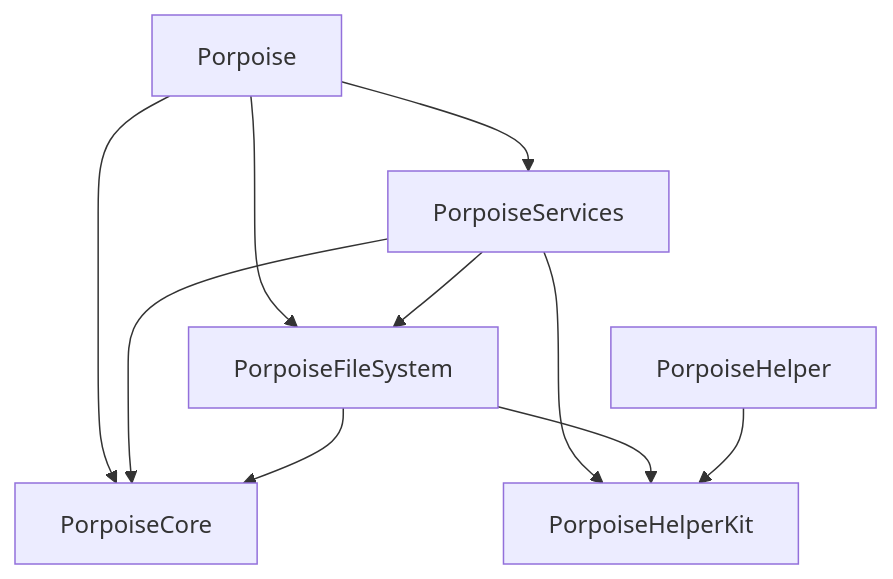
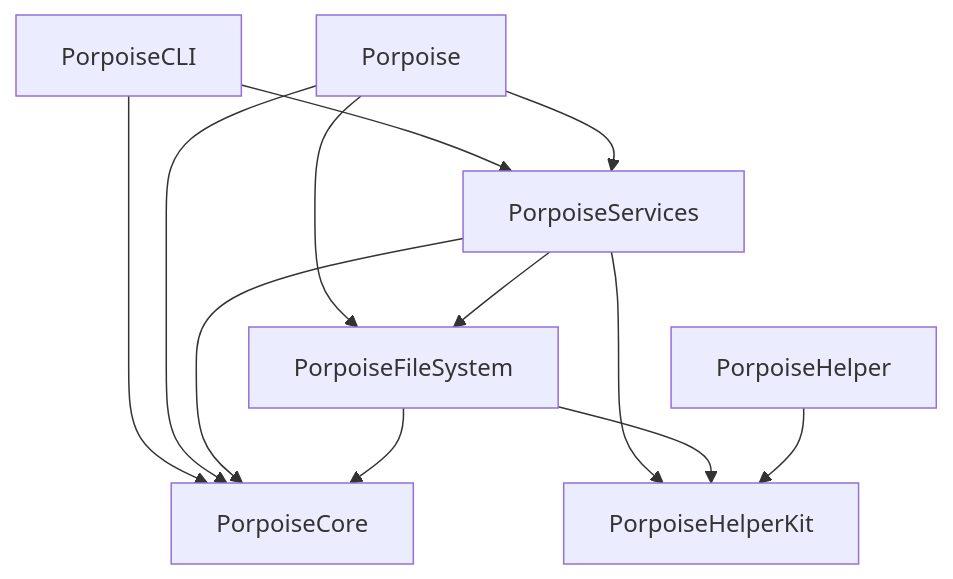
The diagram in docs/ARCHITECTURE.md (El3ssar/porpoise), drawn with Mermaid before and after one commit. The commit also changed other lines of this file and 3 other files, not shown here.

````diff
--- a/docs/ARCHITECTURE.md
+++ b/docs/ARCHITECTURE.md
@@ -5,12 +5,14 @@
 ```mermaid
 graph TD
+  CLI[PorpoiseCLI] --> Services[PorpoiseServices]
+  CLI --> Core[PorpoiseCore]
   App[Porpoise] --> Services[PorpoiseServices]
   App --> FS[PorpoiseFileSystem]
   App --> Core[PorpoiseCore]
   Services --> Core
   Services --> FS
   Services --> Kit[PorpoiseHelperKit]
   FS --> Core
   FS --> Kit
   Helper[PorpoiseHelper] --> Kit
 ```
````
